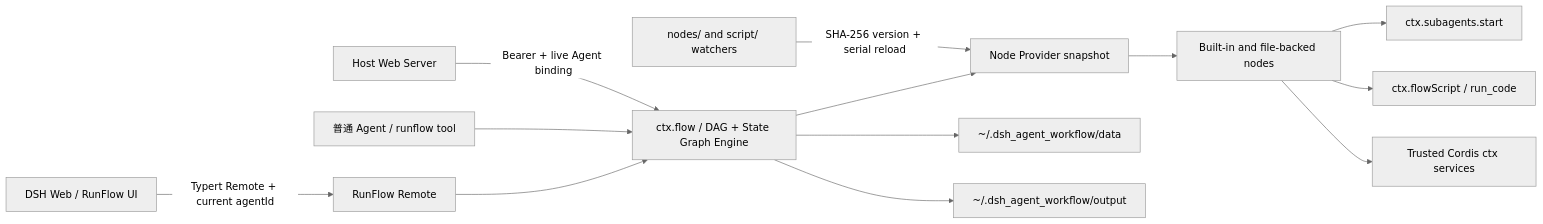
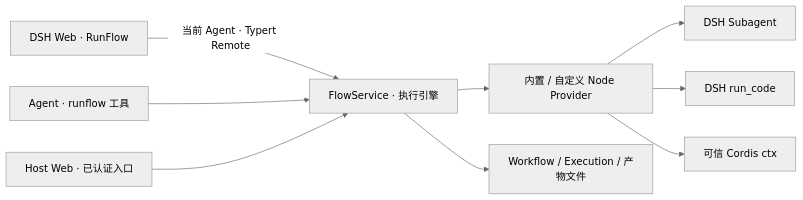
The diagram in README.md (breaking153/dsh-runflow), drawn with Mermaid (neutral theme) before and after one commit. The commit also changed other lines of this file and 256 other files, not shown here.

First line of the commit message:
feat: add Blueprint execution pins and runnable Flow demos

````diff
--- a/README.md
+++ b/README.md
@@ -155,15 +137,11 @@
 ```mermaid
 flowchart LR
-  UI[DSH Web / RunFlow UI] -->|Typert Remote + current agentId| REMOTE[RunFlow Remote]
-  REMOTE --> FLOW[ctx.flow / DAG + State Graph Engine]
-  AGENT[普通 Agent / runflow tool] --> FLOW
-  WEB[Host Web Server] -->|Bearer + live Agent binding| FLOW
-  FLOW --> SNAPSHOT[Node Provider snapshot]
-  SNAPSHOT --> NODE[Built-in and file-backed nodes]
-  NODE --> SUB[ctx.subagents.start]
-  NODE --> CODE[ctx.flowScript / run_code]
-  NODE --> HOST[Trusted Cordis ctx services]
-  FLOW --> DATA[~/.dsh_agent_workflow/data]
-  FLOW --> OUTPUT[~/.dsh_agent_workflow/output]
-  WATCH[nodes/ and script/ watchers] -->|SHA-256 version + serial reload| SNAPSHOT
+  UI["DSH Web · RunFlow"] -->|"当前 Agent · Typert Remote"| FLOW["FlowService · 执行引擎"]
+  AGENT["Agent · runflow 工具"] --> FLOW
+  WEB["Host Web · 已认证入口"] --> FLOW
+  FLOW --> NODES["内置 / 自定义 Node Provider"]
+  NODES --> SUB["DSH Subagent"]
+  NODES --> CODE["DSH run_code"]
+  NODES --> CTX["可信 Cordis ctx"]
+  FLOW --> FILES["Workflow / Execution / 产物文件"]
 ```
````
